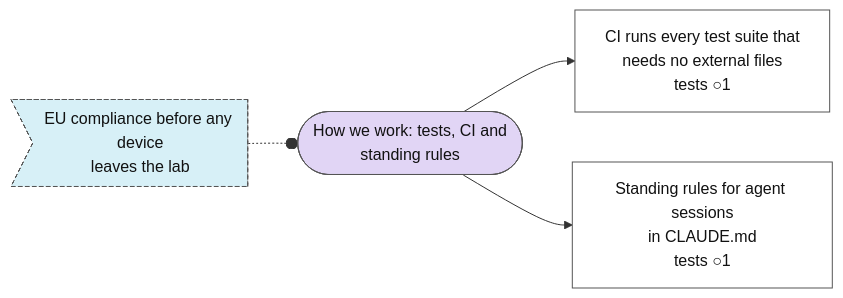
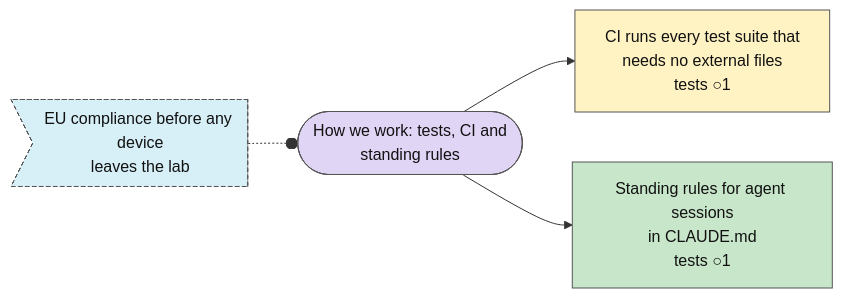
Before and after one commit to Sigurius23/Rehab-agent: the seventh of 7 diagrams in plan/MAP.md, drawn with Mermaid. The commit also changed other lines of this file and 13 other files, not shown here.

First line of the commit message:
Standing rules, CI for the plain suites, coupon and video-benchmark proposals

````diff
--- a/plan/MAP.md
+++ b/plan/MAP.md
@@ -418,29 +418,29 @@
 ```mermaid
 flowchart LR
   n0(["How we work: tests, CI and<br/>standing rules"]):::goal_open
   n1>"EU compliance before any device<br/>leaves the lab"]:::idea_new
-  n2["CI runs every test suite that<br/>needs no external files<br/>tests ○1"]:::step_open
-  n3["Standing rules for agent sessions<br/>in CLAUDE.md<br/>tests ○1"]:::step_open
+  n2["CI runs every test suite that<br/>needs no external files<br/>tests ○1"]:::step_doing
+  n3["Standing rules for agent sessions<br/>in CLAUDE.md<br/>tests ○1"]:::step_done
   n1 -.-o n0
   n0 --> n2
   n0 --> n3
   classDef goal_open fill:#e1d5f5,stroke:#555,color:#111
   classDef goal_done fill:#c8e6c9,stroke:#555,color:#111
   classDef step_open fill:#ffffff,stroke:#555,color:#111
   classDef step_doing fill:#fff3c4,stroke:#555,color:#111
   classDef step_done fill:#c8e6c9,stroke:#555,color:#111
   classDef step_blocked fill:#ffe0b2,stroke:#555,color:#111
   classDef step_dropped fill:#eeeeee,stroke:#555,color:#111
   classDef test_planned fill:#ffffff,stroke:#555,color:#111
   classDef test_running fill:#fff3c4,stroke:#555,color:#111
   classDef test_passed fill:#c8e6c9,stroke:#555,color:#111
   classDef test_failed fill:#ffcdd2,stroke:#555,color:#111
   classDef test_mixed fill:#fff3c4,stroke:#555,color:#111
   classDef test_dropped fill:#eeeeee,stroke:#555,color:#111
   classDef idea_new fill:#d7f0f7,stroke:#555,color:#111,stroke-dasharray: 4 3
   classDef idea_promoted fill:#eeeeee,stroke:#555,color:#111,stroke-dasharray: 4 3
   classDef idea_dropped fill:#eeeeee,stroke:#555,color:#111,stroke-dasharray: 4 3
   classDef decision_open fill:#ffe0b2,stroke:#555,color:#111
   classDef decision_decided fill:#ffe0b2,stroke:#555,color:#111
   classDef external fill:#f5f5f5,stroke:#aaa,color:#777,stroke-dasharray: 2 2
 ```
````
